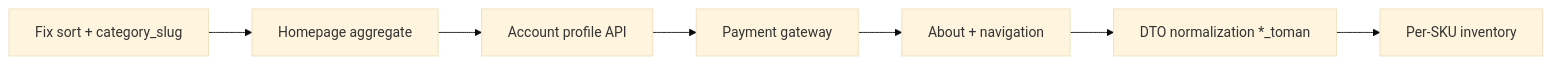
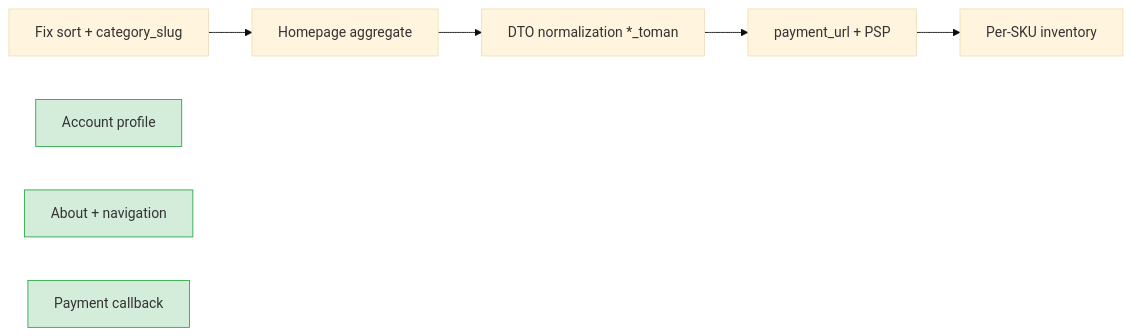
The diagram in docs/api-audit/backend-improvements.md (ErfanAbedinpour/go-ecommerce), drawn with Mermaid (base theme) before and after one commit. The commit also changed other lines of this file, not shown here.

Commit message:
docs: mark implemented backend improvements as done

````diff
--- a/docs/api-audit/backend-improvements.md
+++ b/docs/api-audit/backend-improvements.md
@@ -321,9 +326,11 @@
 ```mermaid
 flowchart LR
     A[Fix sort + category_slug] --> B[Homepage aggregate]
-    B --> C[Account profile API]
-    C --> D[Payment gateway]
-    D --> E[About + navigation]
-    E --> F[DTO normalization *_toman]
-    F --> G[Per-SKU inventory]
+    B --> C[DTO normalization *_toman]
+    C --> D[payment_url + PSP]
+    D --> E[Per-SKU inventory]
+    F[Account profile]:::done
+    G[About + navigation]:::done
+    H[Payment callback]:::done
+    classDef done fill:#d4edda,stroke:#28a745
 ```
````
